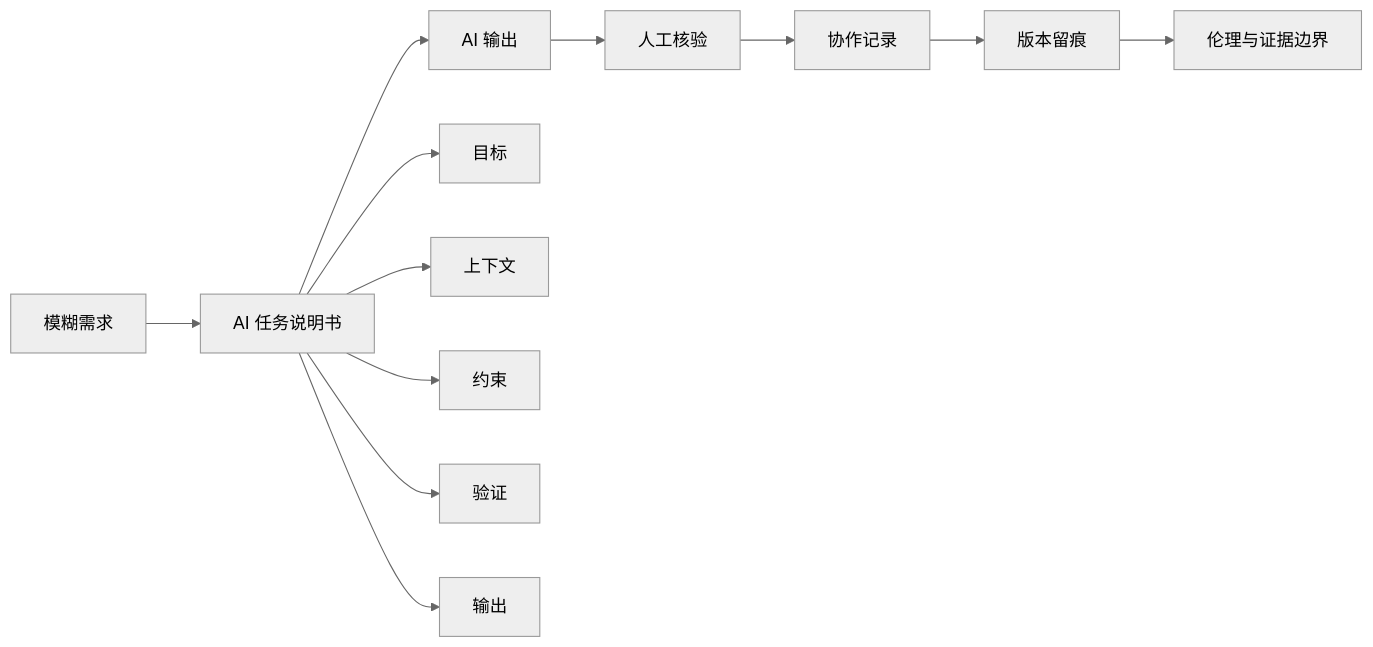
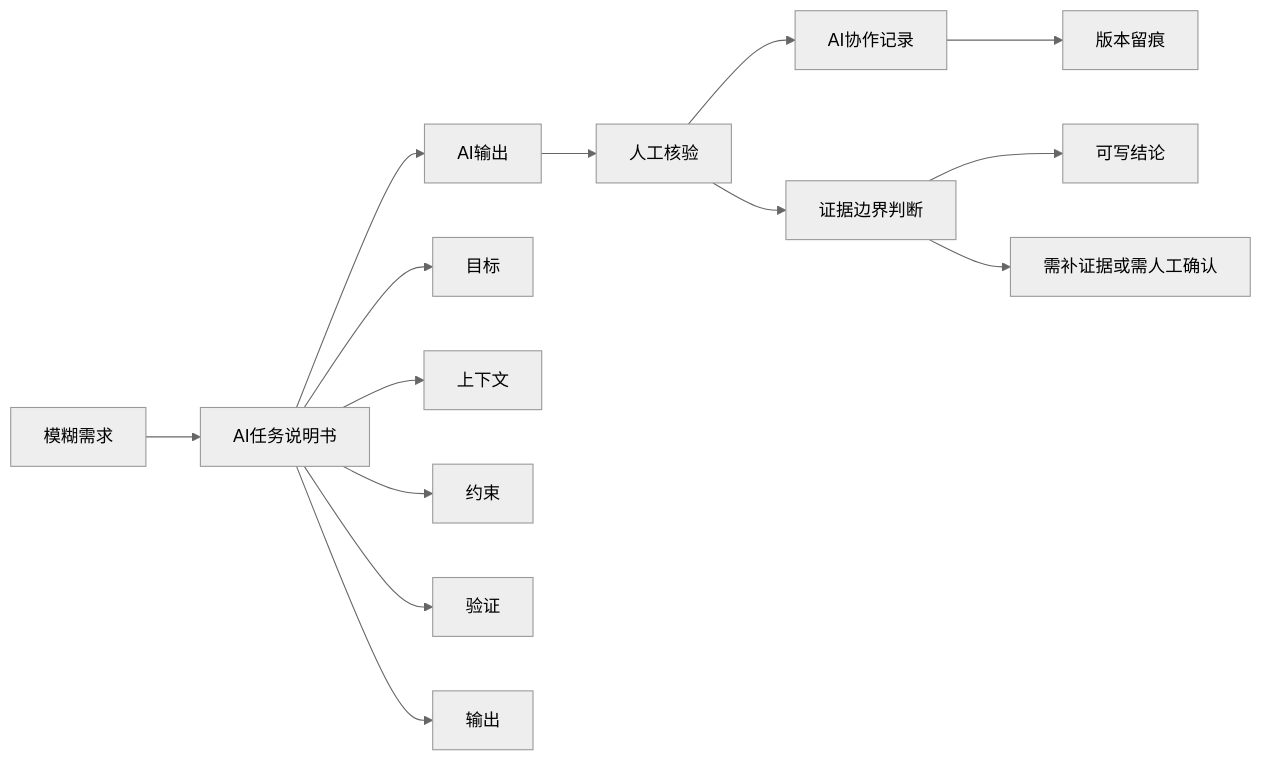
The diagram in docs/chapters/chapter-3/index.md (luvega/AI_MED_DataVis), drawn with Mermaid (neutral theme) before and after one commit. The commit also changed other lines of this file and 8 other files, not shown here.

````diff
--- a/docs/chapters/chapter-3/index.md
+++ b/docs/chapters/chapter-3/index.md
@@ -48,15 +52,17 @@
 ```mermaid
 flowchart LR
-  A["模糊需求"] --> B["AI 任务说明书"]
-  B --> C["AI 输出"]
+  A["模糊需求"] --> B["AI任务说明书"]
+  B --> C["AI输出"]
   C --> D["人工核验"]
-  D --> E["协作记录"]
+  D --> E["AI协作记录"]
   E --> F["版本留痕"]
-  F --> G["伦理与证据边界"]
+  D --> G["证据边界判断"]
+  G --> H["可写结论"]
+  G --> I["需补证据或需人工确认"]
 
   B --> B1["目标"]
   B --> B2["上下文"]
   B --> B3["约束"]
   B --> B4["验证"]
   B --> B5["输出"]
 ```
````
